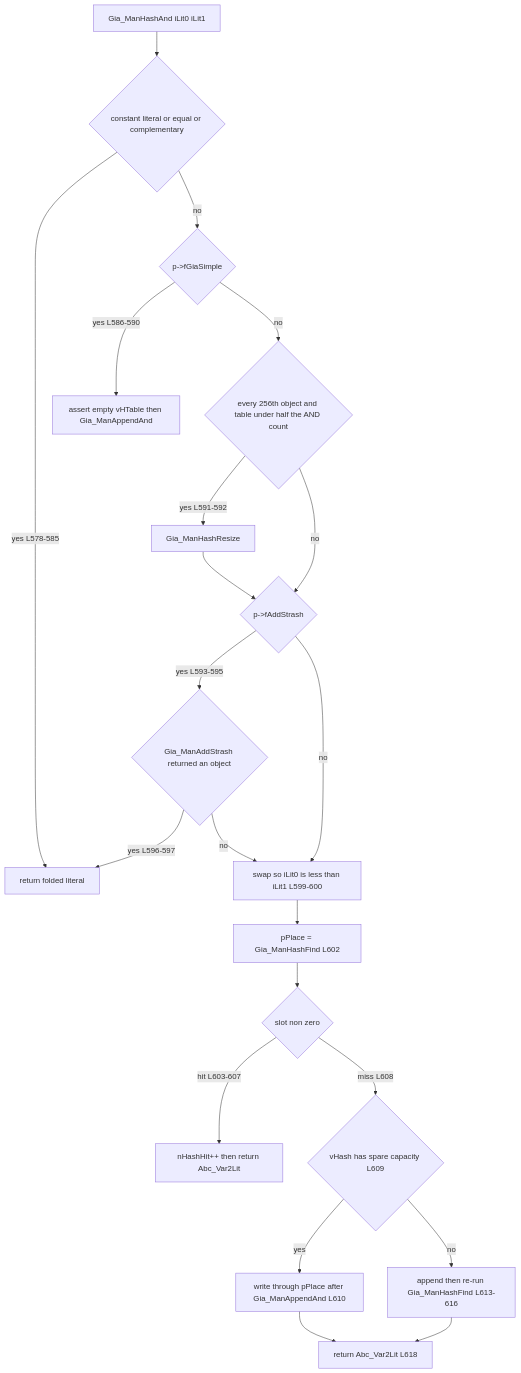
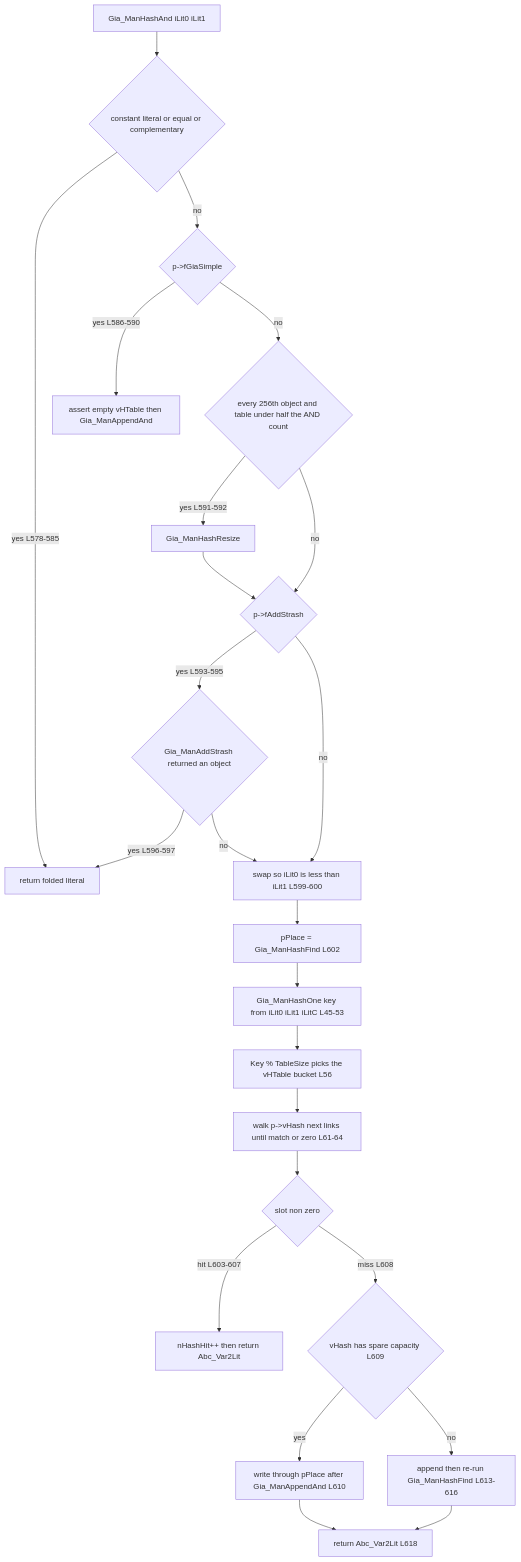
The seventh of 10 diagrams in src/aig/gia/README.md (blitzy-research/abc), drawn with Mermaid before and after one commit. The commit also changed other lines of this file and 1 other file, not shown here.

First line of the commit message:
docs(gia): tighten the accuracy and completeness of the GIA package docs

````diff
--- a/src/aig/gia/README.md
+++ b/src/aig/gia/README.md
@@ -719,23 +875,26 @@
 ```mermaid
 flowchart TD
     A["Gia_ManHashAnd iLit0 iLit1"] --> B{"constant literal or equal or complementary"}
     B -->|"yes L578-585"| C["return folded literal"]
     B -->|"no"| D{"p->fGiaSimple"}
     D -->|"yes L586-590"| E["assert empty vHTable then Gia_ManAppendAnd"]
     D -->|"no"| F{"every 256th object and table under half the AND count"}
     F -->|"yes L591-592"| G["Gia_ManHashResize"]
     F -->|"no"| H{"p->fAddStrash"}
     G --> H
     H -->|"yes L593-595"| I{"Gia_ManAddStrash returned an object"}
     H -->|"no"| J["swap so iLit0 is less than iLit1 L599-600"]
     I -->|"yes L596-597"| C
     I -->|"no"| J
     J --> K["pPlace = Gia_ManHashFind L602"]
-    K --> L{"slot non zero"}
+    K --> K1["Gia_ManHashOne key from iLit0 iLit1 iLitC L45-53"]
+    K1 --> K2["Key % TableSize picks the vHTable bucket L56"]
+    K2 --> K3["walk p->vHash next links until match or zero L61-64"]
+    K3 --> L{"slot non zero"}
     L -->|"hit L603-607"| M["nHashHit++ then return Abc_Var2Lit"]
     L -->|"miss L608"| N{"vHash has spare capacity L609"}
     N -->|"yes"| O["write through pPlace after Gia_ManAppendAnd L610"]
     N -->|"no"| P["append then re-run Gia_ManHashFind L613-616"]
     O --> Q["return Abc_Var2Lit L618"]
     P --> Q
 ```
````
